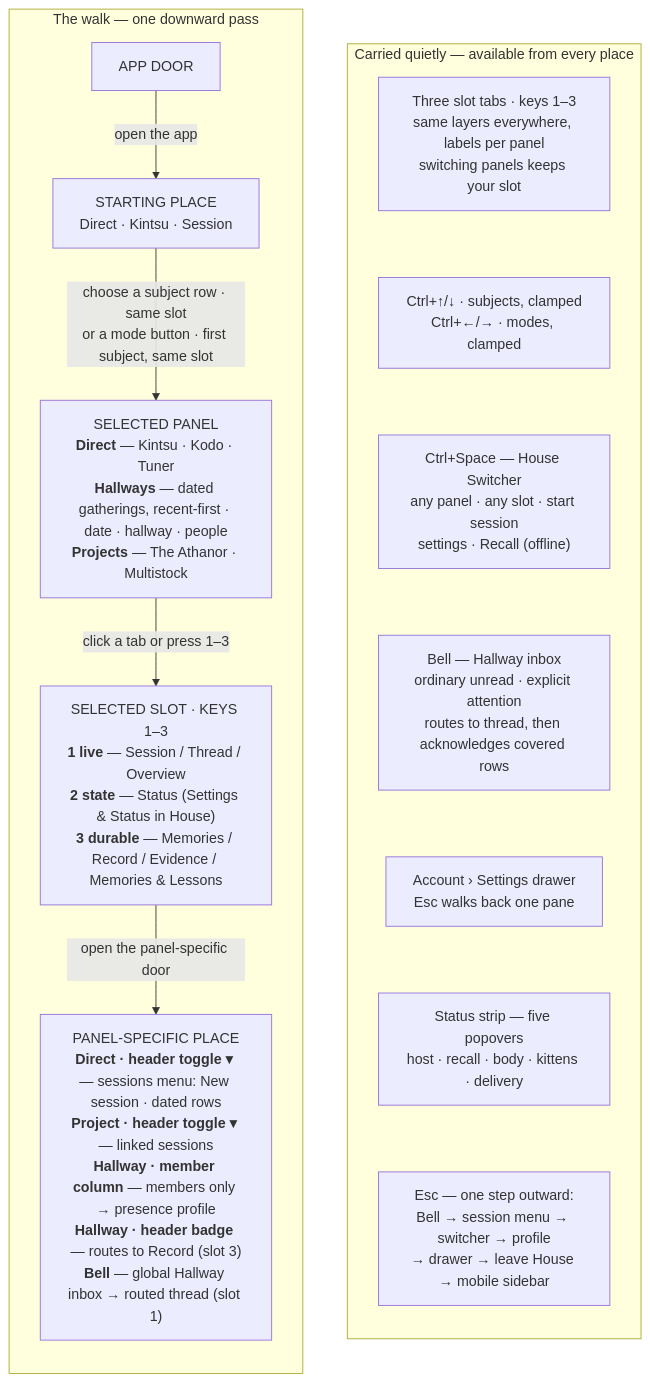
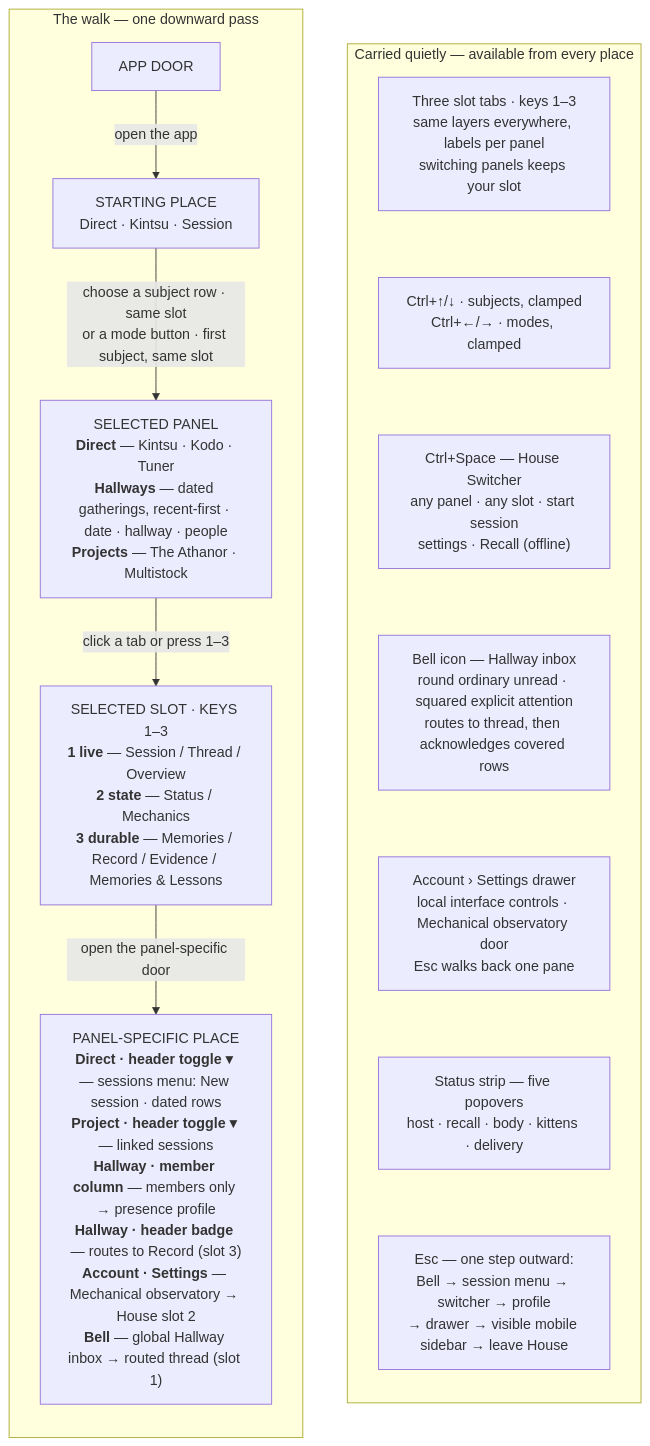
The first of 2 diagrams in gui-prototype/NAVIGATION_MAP.md (solarisael/the-athanor), drawn with Mermaid before and after one commit. The commit also changed other lines of this file and 9 other files, not shown here.

````diff
--- a/gui-prototype/NAVIGATION_MAP.md
+++ b/gui-prototype/NAVIGATION_MAP.md
@@ -9,32 +9,32 @@
 ```mermaid
 flowchart LR
 
 subgraph WALK["The walk — one downward pass"]
   direction TB
   door["APP DOOR"]
   start["STARTING PLACE<br>Direct · Kintsu · Session"]
   panel["SELECTED PANEL<br><b>Direct</b> — Kintsu · Kodo · Tuner<br><b>Hallways</b> — dated gatherings, recent-first · date · hallway · people<br><b>Projects</b> — The Athanor · Multistock"]
-  view["SELECTED SLOT · KEYS 1–3<br><b>1 live</b> — Session / Thread / Overview<br><b>2 state</b> — Status (Settings & Status in House)<br><b>3 durable</b> — Memories / Record / Evidence / Memories & Lessons"]
-  deeper["PANEL-SPECIFIC PLACE<br><b>Direct · header toggle ▾</b> — sessions menu: New session · dated rows<br><b>Project · header toggle ▾</b> — linked sessions<br><b>Hallway · member column</b> — members only → presence profile<br><b>Hallway · header badge</b> — routes to Record (slot 3)<br><b>Bell</b> — global Hallway inbox → routed thread (slot 1)"]
+  view["SELECTED SLOT · KEYS 1–3<br><b>1 live</b> — Session / Thread / Overview<br><b>2 state</b> — Status / Mechanics<br><b>3 durable</b> — Memories / Record / Evidence / Memories & Lessons"]
+  deeper["PANEL-SPECIFIC PLACE<br><b>Direct · header toggle ▾</b> — sessions menu: New session · dated rows<br><b>Project · header toggle ▾</b> — linked sessions<br><b>Hallway · member column</b> — members only → presence profile<br><b>Hallway · header badge</b> — routes to Record (slot 3)<br><b>Account · Settings</b> — Mechanical observatory → House slot 2<br><b>Bell</b> — global Hallway inbox → routed thread (slot 1)"]
 
   door -->|"open the app"| start
   start -->|"choose a subject row · same slot<br>or a mode button · first subject, same slot"| panel
   panel -->|"click a tab or press 1–3"| view
   view -->|"open the panel-specific door"| deeper
 end
 
 subgraph CARRY["Carried quietly — available from every place"]
   direction TB
   keys["Three slot tabs · keys 1–3<br>same layers everywhere, labels per panel<br>switching panels keeps your slot"]
   chords["Ctrl+↑/↓ · subjects, clamped<br>Ctrl+←/→ · modes, clamped"]
   switcher["Ctrl+Space — House Switcher<br>any panel · any slot · start session<br>settings · Recall (offline)"]
-  bell["Bell — Hallway inbox<br>ordinary unread · explicit attention<br>routes to thread, then acknowledges covered rows"]
-  drawer["Account › Settings drawer<br>Esc walks back one pane"]
+  bell["Bell icon — Hallway inbox<br>round ordinary unread · squared explicit attention<br>routes to thread, then acknowledges covered rows"]
+  drawer["Account › Settings drawer<br>local interface controls · Mechanical observatory door<br>Esc walks back one pane"]
   status["Status strip — five popovers<br>host · recall · body · kittens · delivery"]
-  esc["Esc — one step outward:<br>Bell → session menu → switcher → profile<br>→ drawer → leave House → mobile sidebar"]
+  esc["Esc — one step outward:<br>Bell → session menu → switcher → profile<br>→ drawer → visible mobile sidebar → leave House"]
 
   keys ~~~ chords ~~~ switcher ~~~ bell ~~~ drawer ~~~ status ~~~ esc
 end
 
 WALK ~~~ CARRY
 ```
````
